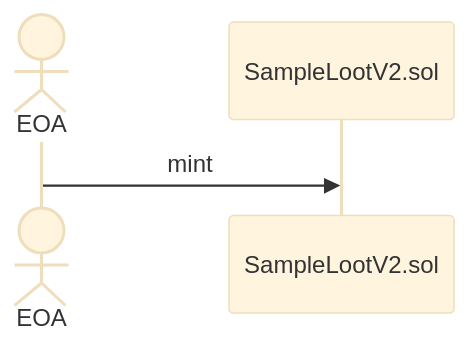
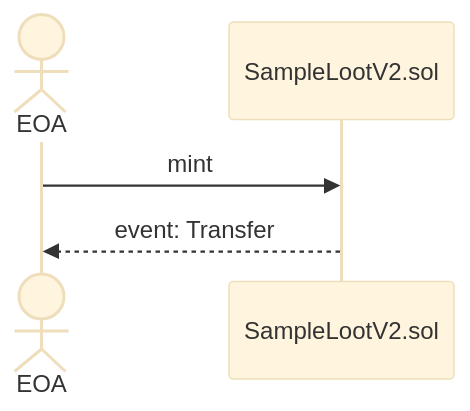
Before and after one commit to taijusanagi/loot-adventure-backend: the first of 6 diagrams in 99_document/contracts/99_DemoSenario.md, drawn with Mermaid (base theme). The commit also changed other lines of this file, not shown here.

````diff
--- a/99_document/contracts/99_DemoSenario.md
+++ b/99_document/contracts/99_DemoSenario.md
@@ -4,5 +4,6 @@
 ```mermaid
 sequenceDiagram
     actor EOA
     EOA ->> SampleLootV2.sol: mint
+    SampleLootV2.sol -->> EOA: event: Transfer
 ```
````
